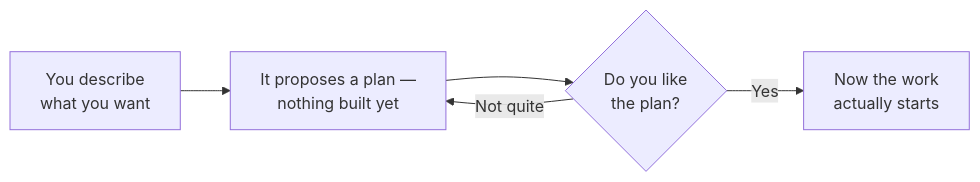
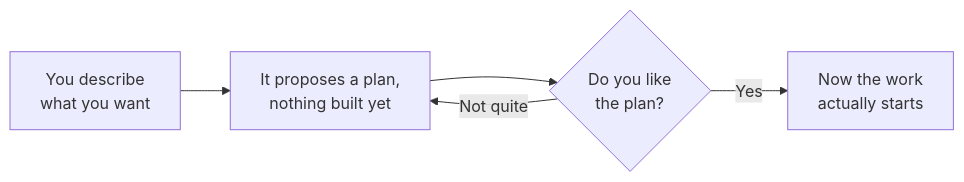
The first of 2 diagrams in docs/02-prompting-patterns.md (Thommans-Playground/playground-claude-code), drawn with Mermaid before and after one commit. The commit also changed other lines of this file and 8 other files, not shown here.

````diff
--- a/docs/02-prompting-patterns.md
+++ b/docs/02-prompting-patterns.md
@@ -37,7 +37,7 @@
 ```mermaid
 flowchart LR
-    A["You describe\nwhat you want"] --> B["It proposes a plan —\nnothing built yet"]
+    A["You describe\nwhat you want"] --> B["It proposes a plan,\nnothing built yet"]
     B --> C{"Do you like\nthe plan?"}
     C -->|Not quite| B
     C -->|Yes| D["Now the work\nactually starts"]
 ```
````
